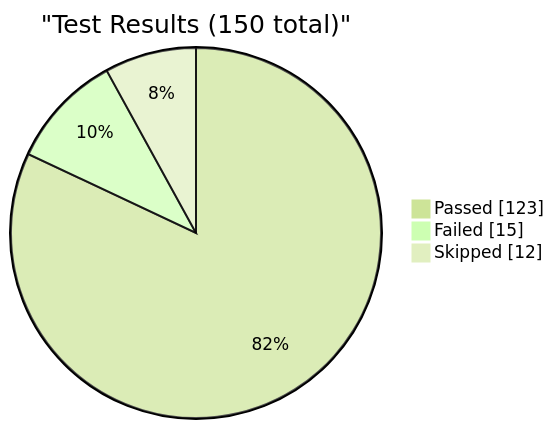
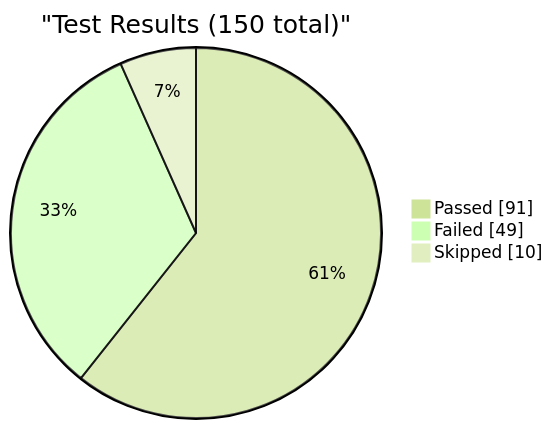
The first of 4 diagrams in reports/dashboard.md (EliteaAI/onetest-ai-tm-Elitea), drawn with Mermaid (forest theme) before and after one commit. The commit also changed other lines of this file and 1 other file, not shown here.

Commit message:
dashboard: update test metrics for RUN-ELITEA-2026-08-21-34-DEV-STABLE-ALL-FAILED

````diff
--- a/reports/dashboard.md
+++ b/reports/dashboard.md
@@ -9,7 +9,7 @@
 ```mermaid
 pie showData
     title "Test Results (150 total)"
-    "Passed" : 123
-    "Failed" : 15
-    "Skipped" : 12
+    "Passed" : 91
+    "Failed" : 49
+    "Skipped" : 10
 ```
````
